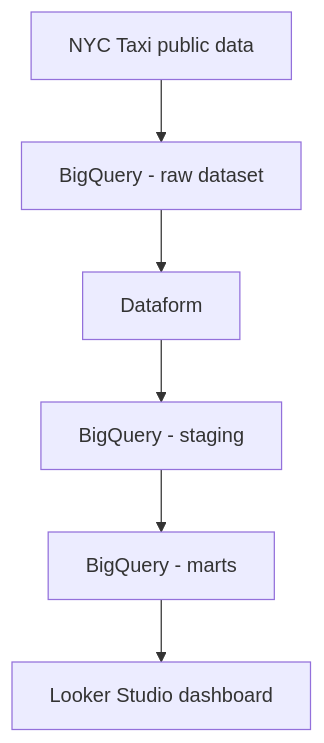
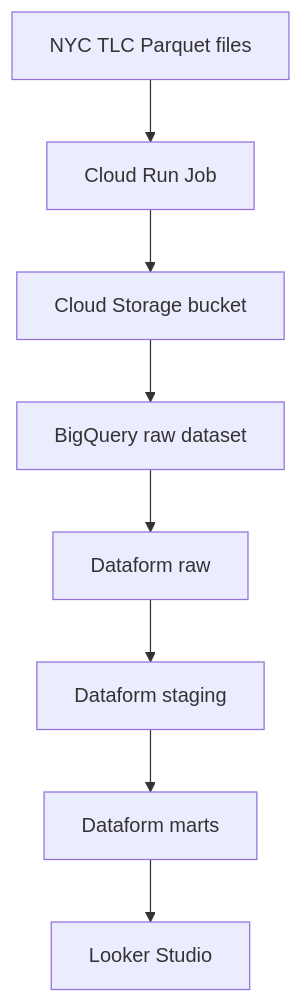
One commit to simbabn/demo-dataform-nyc-taxy changed the diagram in README.md. Above: the diagram before and after it, drawn with Mermaid. The commit also changed other lines of this file and 4 other files, not shown here.

Commit message:
Refacto Architecture

````diff
--- a/README.md
+++ b/README.md
@@ -9,8 +9,10 @@
 ```mermaid
 flowchart TD
-    A[NYC Taxi public data] --> B[BigQuery - raw dataset]
-    B --> C[Dataform]
-    C --> D[BigQuery - staging]
-    D --> E[BigQuery - marts]
-    E --> F[Looker Studio dashboard]
+    A[NYC TLC Parquet files] --> B[Cloud Run Job]
+    B --> C[Cloud Storage bucket]
+    C --> D[BigQuery raw dataset]
+    D --> E[Dataform raw]
+    E --> F[Dataform staging]
+    F --> G[Dataform marts]
+    G --> H[Looker Studio]
 ```
````
